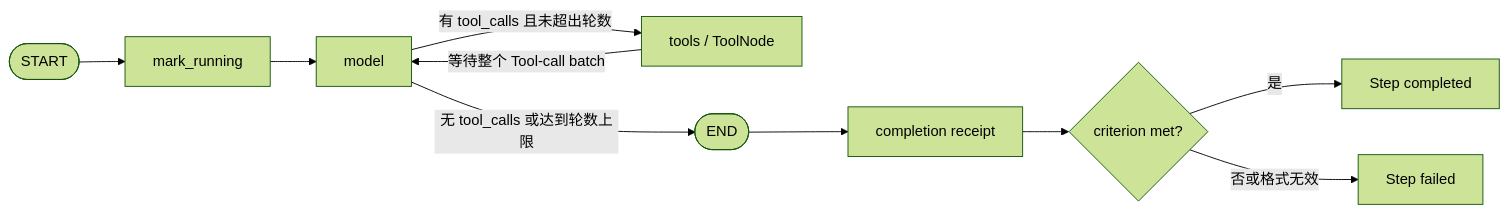
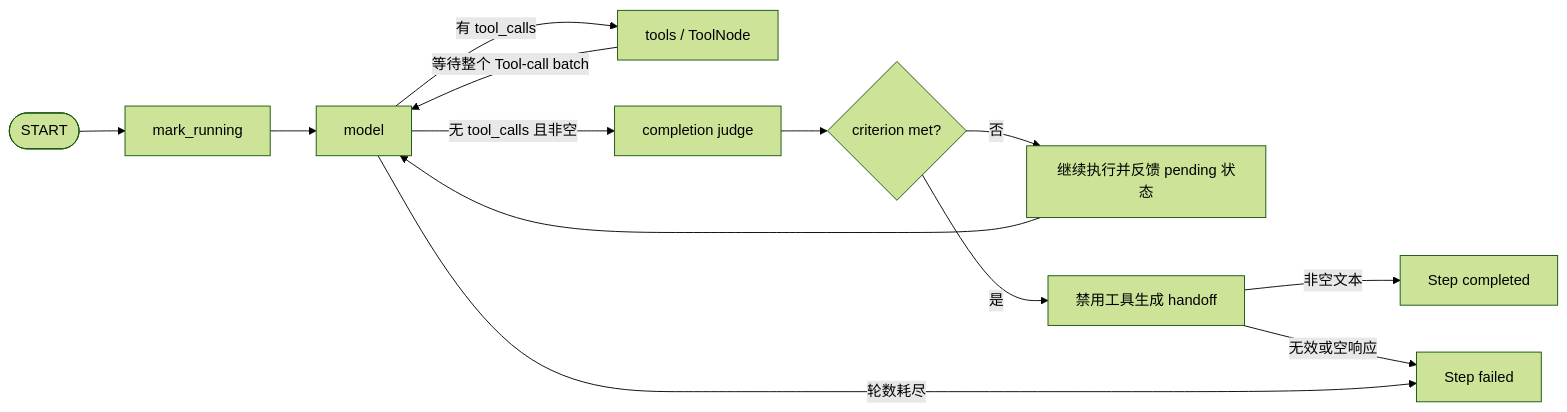
One commit to RandomCivil/codex-py changed the second of 2 diagrams in README.md. Above: the diagram before and after it, drawn with Mermaid (forest theme). The commit also changed other lines of this file and 29 other files, not shown here.

````diff
--- a/README.md
+++ b/README.md
@@ -85,12 +88,15 @@
 ```mermaid
 flowchart LR
     S([START]) --> M[mark_running]
     M --> L[model]
-    L -->|有 tool_calls 且未超出轮数| T[tools / ToolNode]
+    L -->|有 tool_calls| T[tools / ToolNode]
     T -->|等待整个 Tool-call batch| L
-    L -->|无 tool_calls 或达到轮数上限| E([END])
-    E --> Q[completion receipt]
+    L -->|无 tool_calls 且非空| Q[completion judge]
     Q --> X{criterion met?}
-    X -->|是| D[Step completed]
-    X -->|否或格式无效| F[Step failed]
+    X -->|否| C[继续执行并反馈 pending 状态]
+    C --> L
+    X -->|是| H[禁用工具生成 handoff]
+    H -->|非空文本| D[Step completed]
+    H -->|无效或空响应| F[Step failed]
+    L -->|轮数耗尽| F
 ```
````
